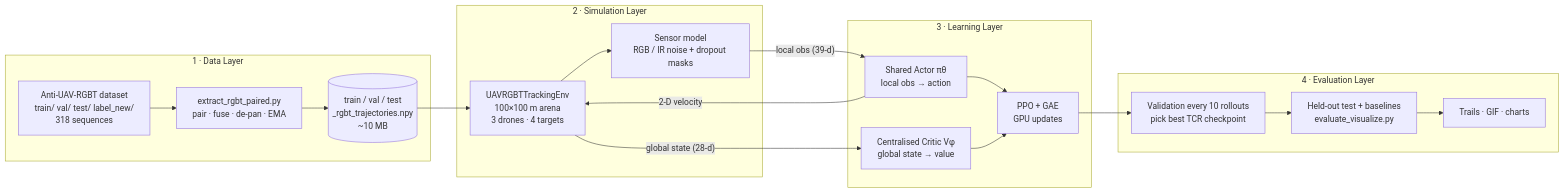
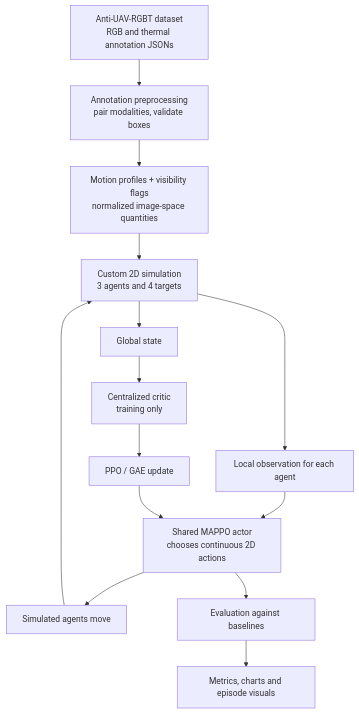
One commit to vVIBHORj/swarm-uav-tracking-mappo changed the first of 11 diagrams in Readme.md. Above: the diagram before and after it, drawn with Mermaid. The commit also changed other lines of this file, not shown here.

Commit message:
docs: update Readme.md with detailed project overview, diagrams, and benchmark analysis

````diff
--- a/Readme.md
+++ b/Readme.md
@@ -125,34 +83,16 @@
 ```mermaid
-flowchart LR
-    subgraph DATA["1 · Data Layer"]
-        RAW["Anti-UAV-RGBT dataset<br/>train/ val/ test/ label_new/<br/>318 sequences"]
-        EXTRACT["extract_rgbt_paired.py<br/>pair · fuse · de-pan · EMA"]
-        NPY[("train / val / test<br/>_rgbt_trajectories.npy<br/>~10 MB")]
-        RAW --> EXTRACT --> NPY
-    end
-
-    subgraph ENV["2 · Simulation Layer"]
-        SIM["UAVRGBTTrackingEnv<br/>100×100 m arena<br/>3 drones · 4 targets"]
-        NOISE["Sensor model<br/>RGB / IR noise + dropout masks"]
-        NPY --> SIM
-        SIM --> NOISE
-    end
-
-    subgraph RL["3 · Learning Layer"]
-        ACTOR["Shared Actor πθ<br/>local obs → action"]
-        CRITIC["Centralised Critic Vφ<br/>global state → value"]
-        PPO["PPO + GAE<br/>GPU updates"]
-        NOISE -- "local obs (39-d)" --> ACTOR
-        SIM -- "global state (28-d)" --> CRITIC
-        ACTOR -- "2-D velocity" --> SIM
-        ACTOR --> PPO
-        CRITIC --> PPO
-    end
-
-    subgraph OPS["4 · Evaluation Layer"]
-        VAL["Validation every 10 rollouts<br/>pick best TCR checkpoint"]
-        TEST["Held-out test + baselines<br/>evaluate_visualize.py"]
-        VIZ["Trails · GIF · charts"]
-        PPO --> VAL --> TEST --> VIZ
-    end
+flowchart TD
+    A["Anti-UAV-RGBT dataset<br/>RGB and thermal annotation JSONs"] --> B["Annotation preprocessing<br/>pair modalities, validate boxes"]
+    B --> C["Motion profiles + visibility flags<br/>normalized image-space quantities"]
+    C --> D["Custom 2D simulation<br/>3 agents and 4 targets"]
+    D --> E["Local observation for each agent"]
+    E --> F["Shared MAPPO actor<br/>chooses continuous 2D actions"]
+    D --> G["Global state"]
+    G --> H["Centralized critic<br/>training only"]
+    F --> I["Simulated agents move"]
+    H --> J["PPO / GAE update"]
+    I --> D
+    J --> F
+    F --> K["Evaluation against baselines"]
+    K --> L["Metrics, charts and episode visuals"]
 ```
````
